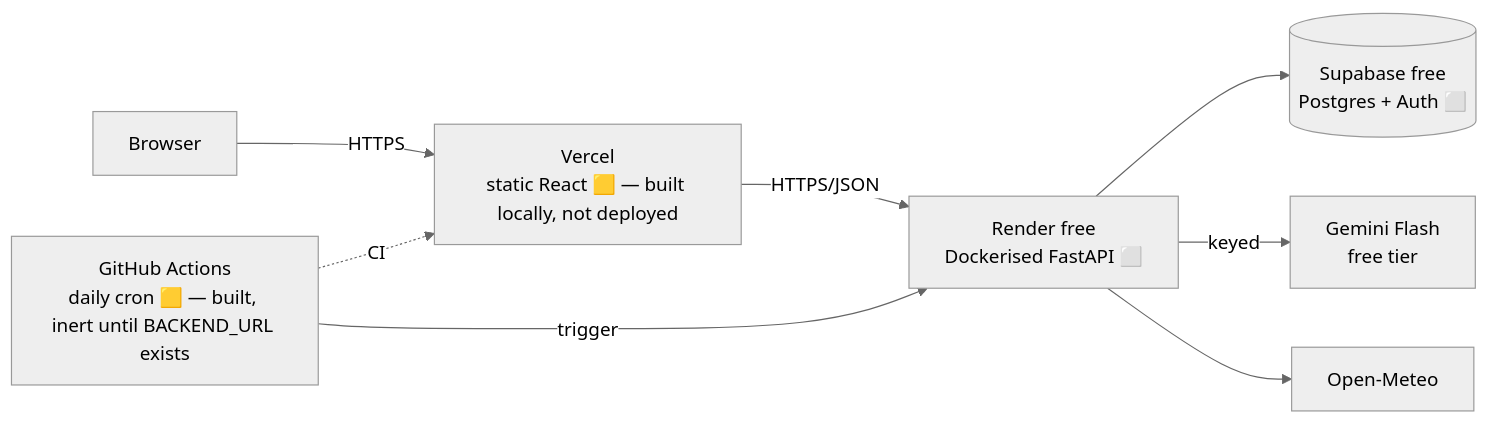
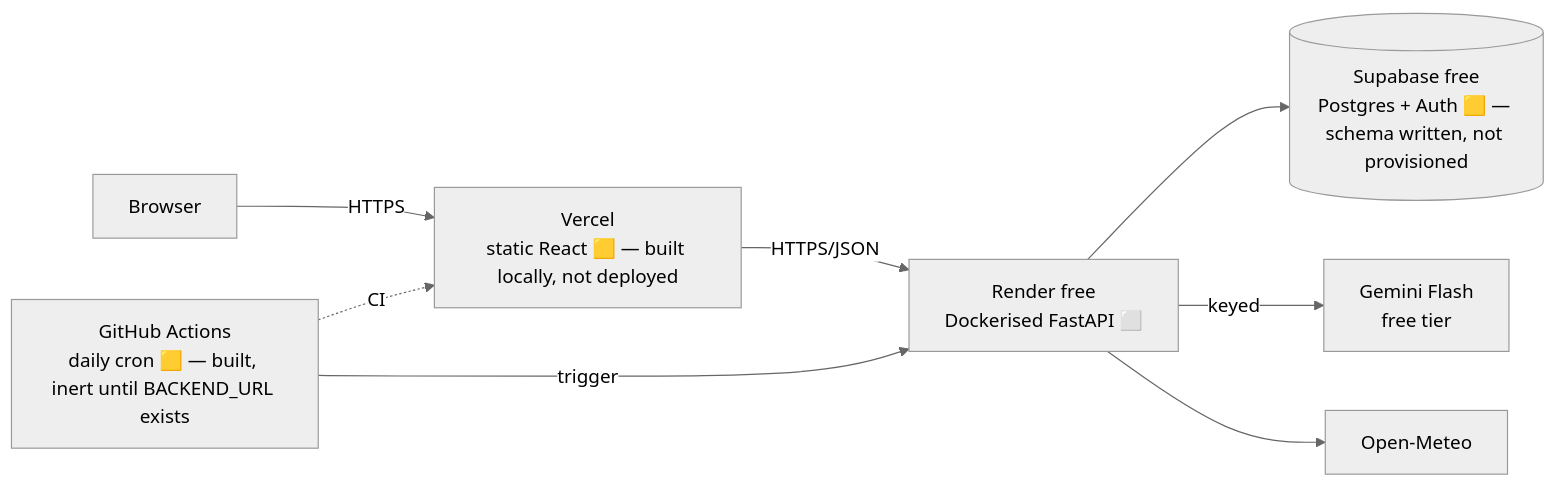
One commit to DevGurav/urbanheat-mumbai changed the fifth of 5 diagrams in docs/architecture.md. Above: the diagram before and after it, drawn with Mermaid (neutral theme). The commit also changed other lines of this file and 5 other files, not shown here.

First line of the commit message:
feat: Supabase schema and RLS for saved scenarios

````diff
--- a/docs/architecture.md
+++ b/docs/architecture.md
@@ -164,10 +165,10 @@
 ```mermaid
 flowchart LR
     U[Browser] -->|HTTPS| V[Vercel<br/>static React 🟨 — built locally, not deployed]
     V -->|HTTPS/JSON| R[Render free<br/>Dockerised FastAPI ⬜]
-    R --> S[(Supabase free<br/>Postgres + Auth ⬜)]
+    R --> S[(Supabase free<br/>Postgres + Auth 🟨 — schema written, not provisioned)]
     R -->|keyed| G[Gemini Flash<br/>free tier]
     R --> OM[Open-Meteo]
     GA[GitHub Actions<br/>daily cron 🟨 — built, inert until BACKEND_URL exists] -->|trigger| R
     GA -.CI.-> V
 ```
````
